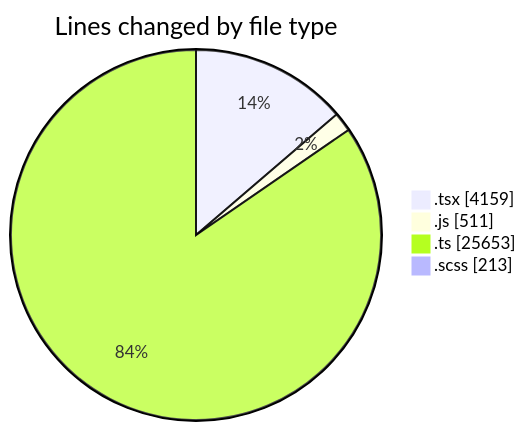
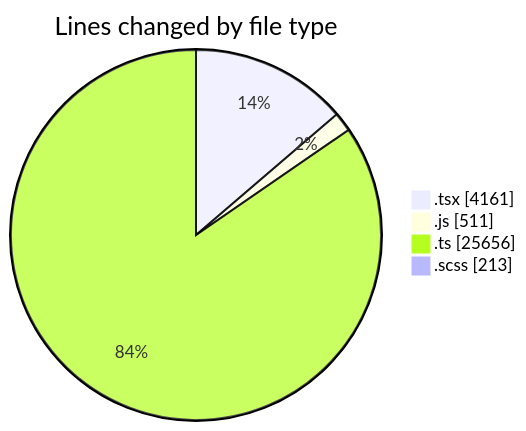
The first of 2 diagrams in 2025-06-30/cda/README.md (momahboobian/code-tracking), drawn with Mermaid before and after one commit. The commit also changed other lines of this file and 1 other file, not shown here.

````diff
--- a/2025-06-30/cda/README.md
+++ b/2025-06-30/cda/README.md
@@ -42,8 +43,8 @@
 ```mermaid
 pie showData
 title Lines changed by file type
-".tsx" : 4159
+".tsx" : 4161
 ".js" : 511
-".ts" : 25653
+".ts" : 25656
 ".scss" : 213
 ```
````
